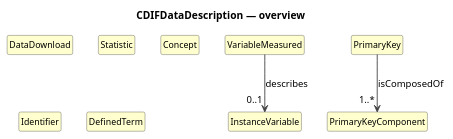
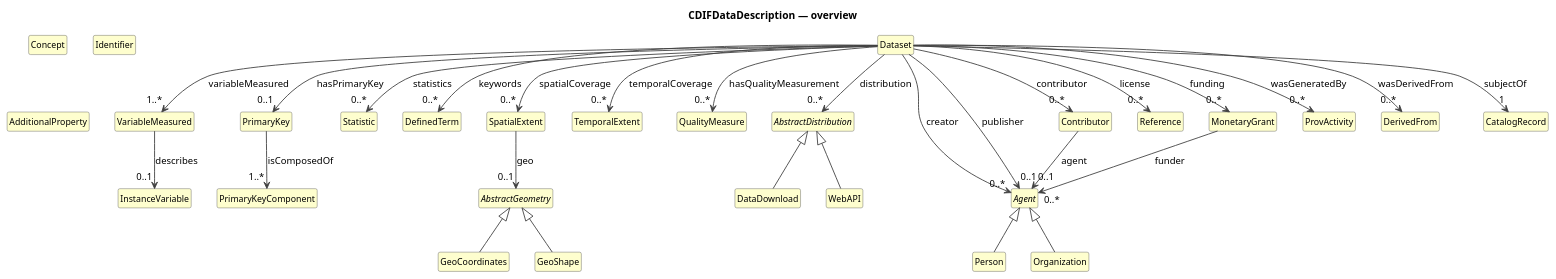
The diagram in build/plantuml/cdifDataDescription/index.pu (Cross-Domain-Interoperability-Framework/metadataBuildingBlocks), drawn with PlantUML before and after one commit. The commit also changed 432 other files, not shown here.

```diff
--- a/build/plantuml/cdifDataDescription/index.pu
+++ b/build/plantuml/cdifDataDescription/index.pu
@@ -1,25 +1,69 @@
 @startuml
 title CDIFDataDescription — overview
 hide circle
 hide empty members
 skinparam shadowing false
 skinparam ArrowThickness 1.2
 skinparam class {
   ArrowColor #404040
   BorderColor #404040
   FontSize 12
 }
 
 class "InstanceVariable" as InstanceVariable #FEFECE
 class "VariableMeasured" as VariableMeasured #FEFECE
 class "DataDownload" as DataDownload #FEFECE
 class "PrimaryKey" as PrimaryKey #FEFECE
 class "PrimaryKeyComponent" as PrimaryKeyComponent #FEFECE
 class "Statistic" as Statistic #FEFECE
 class "Concept" as Concept #FEFECE
 class "Identifier" as Identifier #FEFECE
 class "DefinedTerm" as DefinedTerm #FEFECE
+class "Dataset" as Dataset #FEFECE
+class "SpatialExtent" as SpatialExtent #FEFECE
+abstract class "AbstractGeometry" as AbstractGeometry #FEFECE
+class "GeoCoordinates" as GeoCoordinates #FEFECE
+class "GeoShape" as GeoShape #FEFECE
+class "TemporalExtent" as TemporalExtent #FEFECE
+class "QualityMeasure" as QualityMeasure #FEFECE
+abstract class "AbstractDistribution" as AbstractDistribution #FEFECE
+class "WebAPI" as WebAPI #FEFECE
+abstract class "Agent" as Agent #FEFECE
+class "Person" as Person #FEFECE
+class "Organization" as Organization #FEFECE
+class "Contributor" as Contributor #FEFECE
+class "AdditionalProperty" as AdditionalProperty #FEFECE
+class "Reference" as Reference #FEFECE
+class "MonetaryGrant" as MonetaryGrant #FEFECE
+class "ProvActivity" as ProvActivity #FEFECE
+class "DerivedFrom" as DerivedFrom #FEFECE
+class "CatalogRecord" as CatalogRecord #FEFECE
+AbstractDistribution <|-- DataDownload
+AbstractGeometry <|-- GeoCoordinates
+AbstractGeometry <|-- GeoShape
+AbstractDistribution <|-- WebAPI
+Agent <|-- Person
+Agent <|-- Organization
 VariableMeasured --> "0..1" InstanceVariable : describes
 PrimaryKey --> "1..*" PrimaryKeyComponent : isComposedOf
+Dataset --> "1..*" VariableMeasured : variableMeasured
+Dataset --> "0..1" PrimaryKey : hasPrimaryKey
+Dataset --> "0..*" Statistic : statistics
+Dataset --> "0..*" SpatialExtent : spatialCoverage
+Dataset --> "0..*" TemporalExtent : temporalCoverage
+Dataset --> "0..*" QualityMeasure : hasQualityMeasurement
+Dataset --> "0..*" AbstractDistribution : distribution
+Dataset --> "0..*" Agent : creator
+Dataset --> "0..*" Contributor : contributor
+Dataset --> "0..1" Agent : publisher
+Dataset --> "0..*" MonetaryGrant : funding
+Dataset --> "0..*" ProvActivity : wasGeneratedBy
+Dataset --> "0..*" DerivedFrom : wasDerivedFrom
+Dataset --> "1" CatalogRecord : subjectOf
+Dataset --> "0..*" DefinedTerm : keywords
+Dataset --> "0..*" Reference : license
+SpatialExtent --> "0..1" AbstractGeometry : geo
+Contributor --> "0..1" Agent : agent
+MonetaryGrant --> "0..*" Agent : funder
 
 @enduml
```
